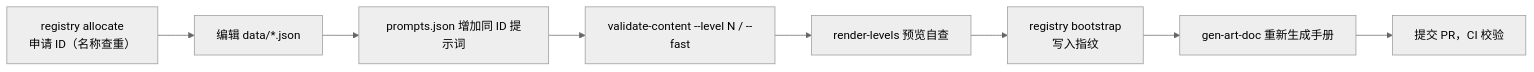
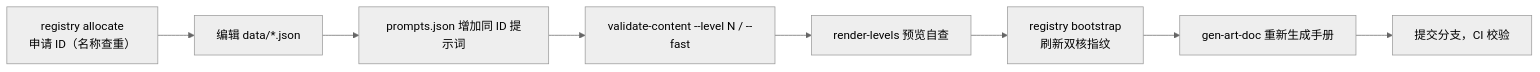
The diagram in docs/内容去重与校验规范.md (948049716/sha-li-tao-da-hong), drawn with Mermaid (neutral theme) before and after one commit. The commit also changed other lines of this file and 52 other files, not shown here.

````diff
--- a/docs/内容去重与校验规范.md
+++ b/docs/内容去重与校验规范.md
@@ -60,10 +63,10 @@
 ```mermaid
 flowchart LR
     A["registry allocate<br/>申请 ID（名称查重）"] --> B["编辑 data/*.json"]
     B --> C["prompts.json 增加同 ID 提示词"]
     C --> D["validate-content --level N / --fast"]
     D --> E["render-levels 预览自查"]
-    E --> F["registry bootstrap<br/>写入指纹"]
+    E --> F["registry bootstrap<br/>刷新双核指纹"]
     F --> G["gen-art-doc 重新生成手册"]
-    G --> H["提交 PR，CI 校验"]
+    G --> H["提交分支，CI 校验"]
 ```
````
